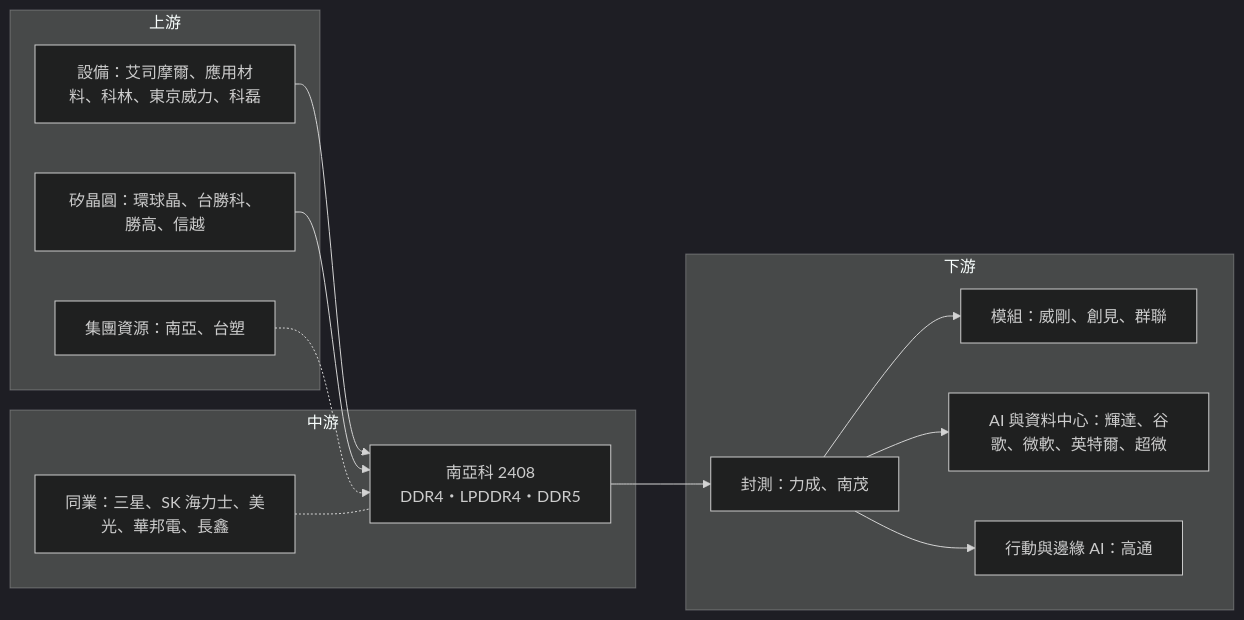
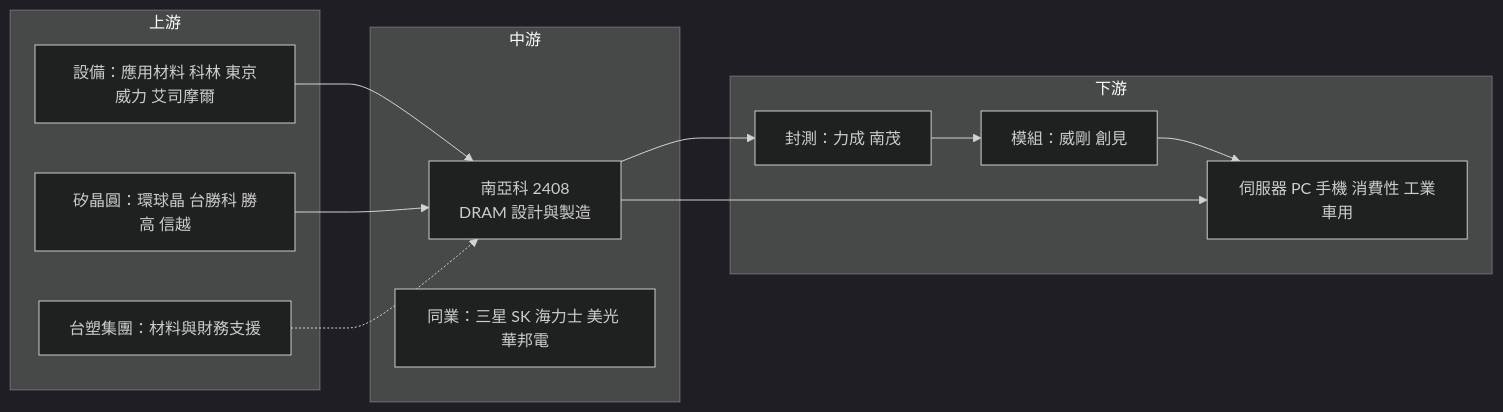
The third of 3 diagrams in 個股/台股/2408南亞科.md (wangnick1004/taiwan-stock-vault), drawn with Mermaid (dark theme) before and after one commit. The commit also changed other lines of this file and 12 other files, not shown here.

````diff
--- a/個股/台股/2408南亞科.md
+++ b/個股/台股/2408南亞科.md
@@ -211,26 +219,24 @@
 ```mermaid
 flowchart LR
     subgraph 上游
-        A1[設備：艾司摩爾、應用材料、科林、東京威力、科磊]
-        A2[矽晶圓：環球晶、台勝科、勝高、信越]
-        A3[集團資源：南亞、台塑]
+        A1[設備：應用材料 科林 東京威力 艾司摩爾]
+        A2[矽晶圓：環球晶 台勝科 勝高 信越]
+        A3[台塑集團：材料與財務支援]
     end
     subgraph 中游
-        B[南亞科 2408<br/>DDR4・LPDDR4・DDR5]
-        B2[同業：三星、SK 海力士、美光、華邦電、長鑫]
+        B[南亞科 2408<br/>DRAM 設計與製造]
+        B2[同業：三星 SK 海力士 美光 華邦電]
     end
     subgraph 下游
-        C1[封測：力成、南茂]
-        C2[模組：威剛、創見、群聯]
-        C3[AI 與資料中心：輝達、谷歌、微軟、英特爾、超微]
-        C4[行動與邊緣 AI：高通]
+        C1[封測：力成 南茂]
+        C2[模組：威剛 創見]
+        C3[伺服器 PC 手機 消費性 工業車用]
     end
     A1 --> B
     A2 --> B
     A3 -.-> B
-    B2 -.- B
     B --> C1
     C1 --> C2
-    C1 --> C3
-    C1 --> C4
+    C2 --> C3
+    B --> C3
 ```
````
